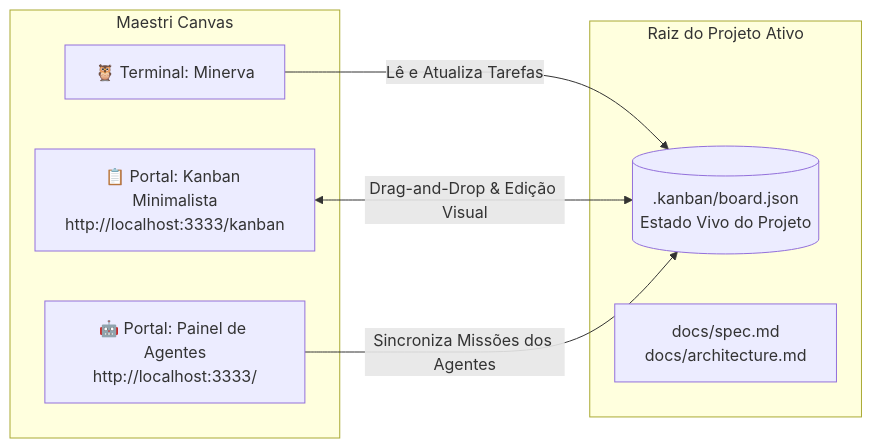
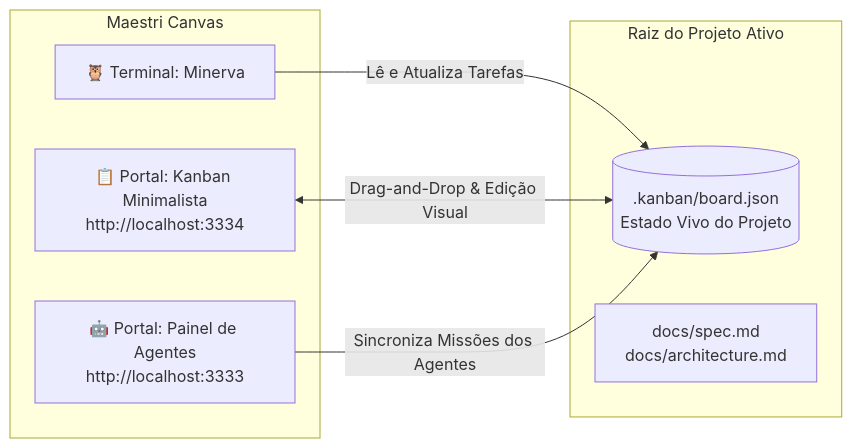
The diagram in vault/Agentes/Opcionais/kan-kanban.md (lk-feitosa/minerva-workspace), drawn with Mermaid before and after one commit. The commit also changed other lines of this file and 1 other file, not shown here.

Commit message:
docs: documentar portas dedicadas 3333 (Painel) e 3334 (Kanban) com anti-colisao

````diff
--- a/vault/Agentes/Opcionais/kan-kanban.md
+++ b/vault/Agentes/Opcionais/kan-kanban.md
@@ -20,17 +20,17 @@
 ```mermaid
 flowchart LR
     subgraph MaestriCanvas ["Maestri Canvas"]
         TerminalMinerva["🦉 Terminal: Minerva"]
-        PortalKanban["📋 Portal: Kanban Minimalista<br>http://localhost:3333/kanban"]
-        PortalPainel["🤖 Portal: Painel de Agentes<br>http://localhost:3333/"]
+        PortalKanban["📋 Portal: Kanban Minimalista<br>http://localhost:3334"]
+        PortalPainel["🤖 Portal: Painel de Agentes<br>http://localhost:3333"]
     end
 
     subgraph ProjetoAtivo ["Raiz do Projeto Ativo"]
         BoardJson[(".kanban/board.json<br>Estado Vivo do Projeto")]
         Specs["docs/spec.md<br>docs/architecture.md"]
     end
 
     TerminalMinerva -->|Lê e Atualiza Tarefas| BoardJson
     PortalKanban <-->|Drag-and-Drop & Edição Visual| BoardJson
     PortalPainel -->|Sincroniza Missões dos Agentes| BoardJson
 ```
````
